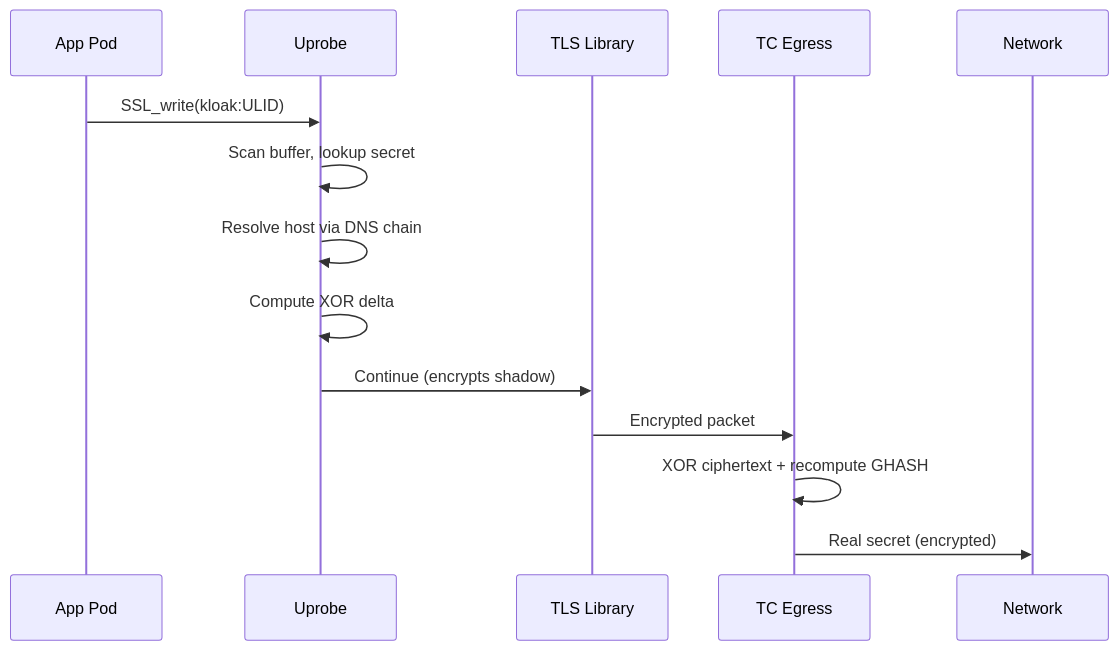
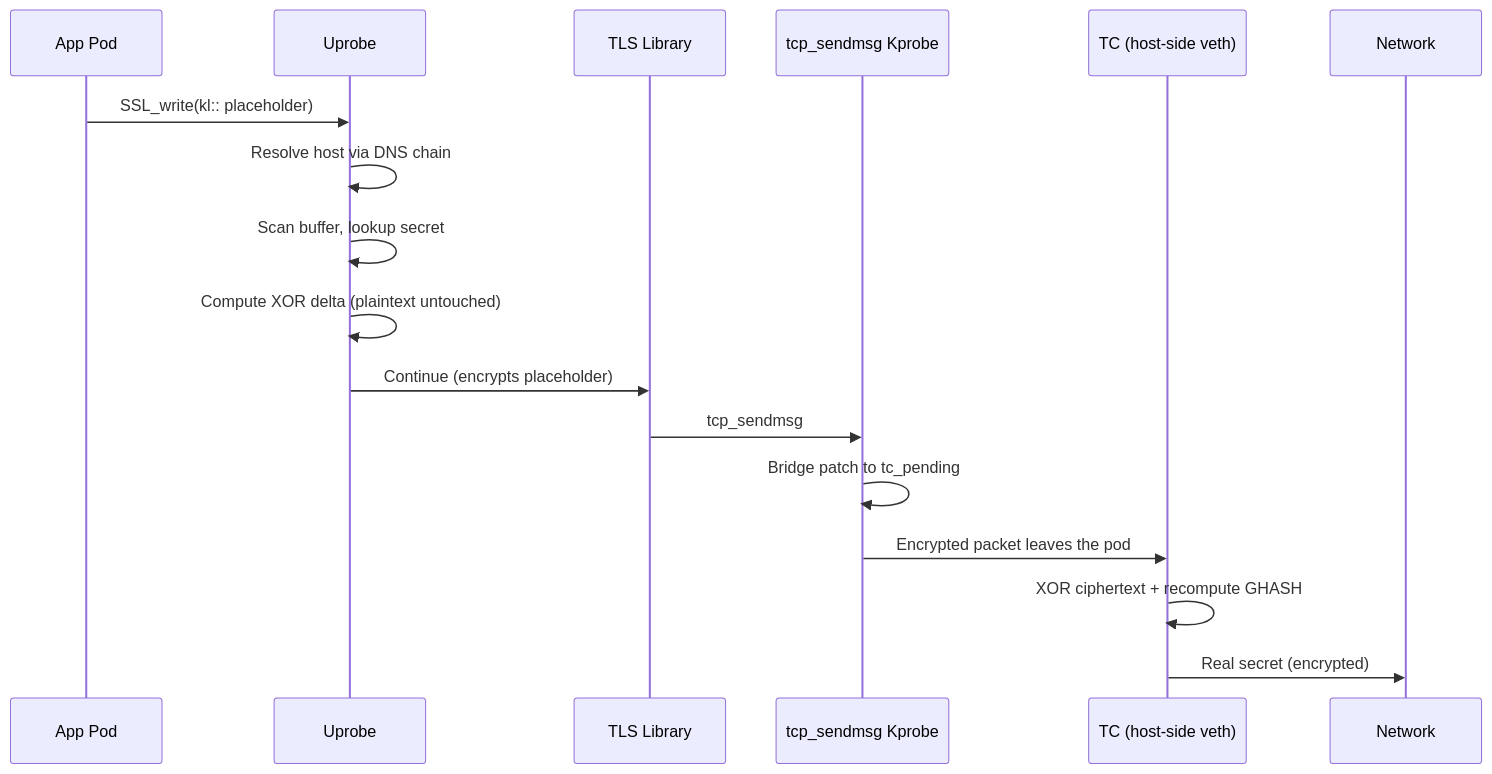
One commit to spinningfactory/kloak-web changed the second of 2 diagrams in docs/architecture/overview.md. Above: the diagram before and after it, drawn with Mermaid. The commit also changed other lines of this file and 14 other files, not shown here.

````diff
--- a/docs/architecture/overview.md
+++ b/docs/architecture/overview.md
@@ -120,17 +125,20 @@
 ```mermaid
 sequenceDiagram
     participant App as App Pod
     participant UP as Uprobe
     participant TLS as TLS Library
-    participant TC as TC Egress
+    participant KP as tcp_sendmsg Kprobe
+    participant TC as TC (host-side veth)
     participant Net as Network
 
-    App->>UP: SSL_write(kloak:ULID)
+    App->>UP: SSL_write(kl:: placeholder)
+    UP->>UP: Resolve host via DNS chain
     UP->>UP: Scan buffer, lookup secret
-    UP->>UP: Resolve host via DNS chain
-    UP->>UP: Compute XOR delta
-    UP->>TLS: Continue (encrypts shadow)
-    TLS->>TC: Encrypted packet
+    UP->>UP: Compute XOR delta (plaintext untouched)
+    UP->>TLS: Continue (encrypts placeholder)
+    TLS->>KP: tcp_sendmsg
+    KP->>KP: Bridge patch to tc_pending
+    KP->>TC: Encrypted packet leaves the pod
     TC->>TC: XOR ciphertext + recompute GHASH
     TC->>Net: Real secret (encrypted)
 ```
````
